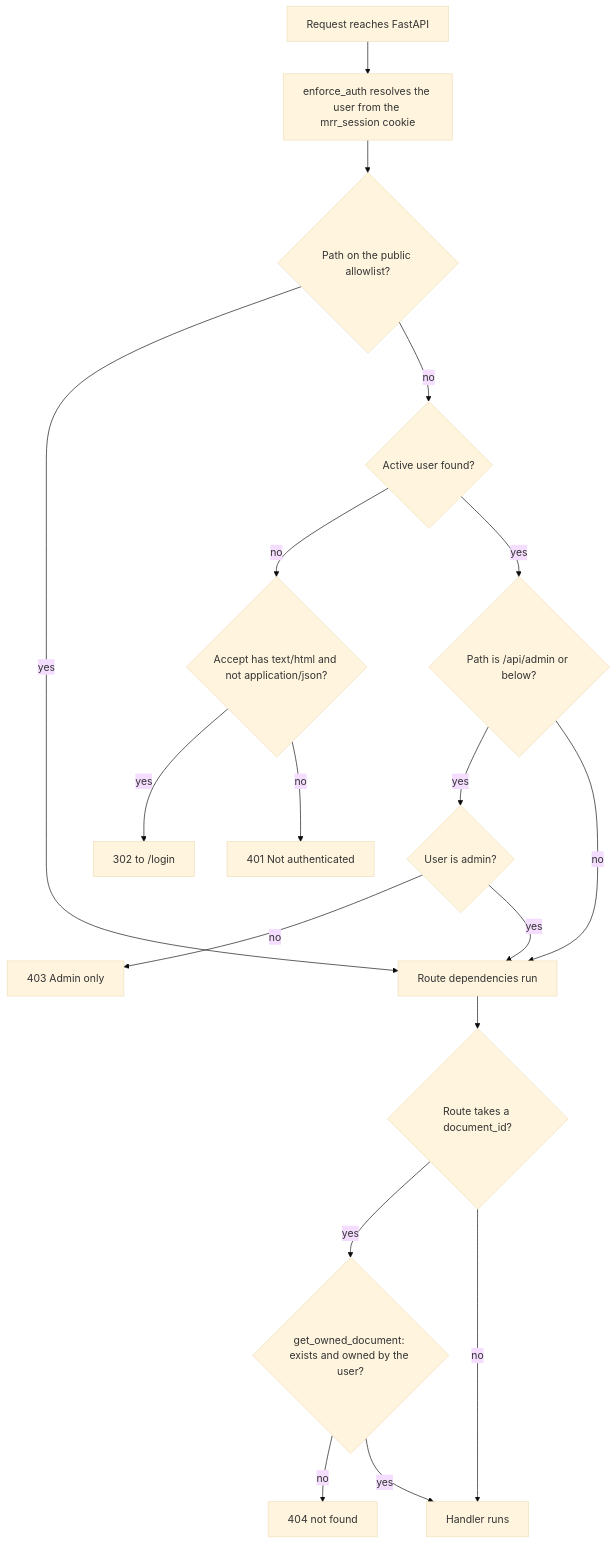
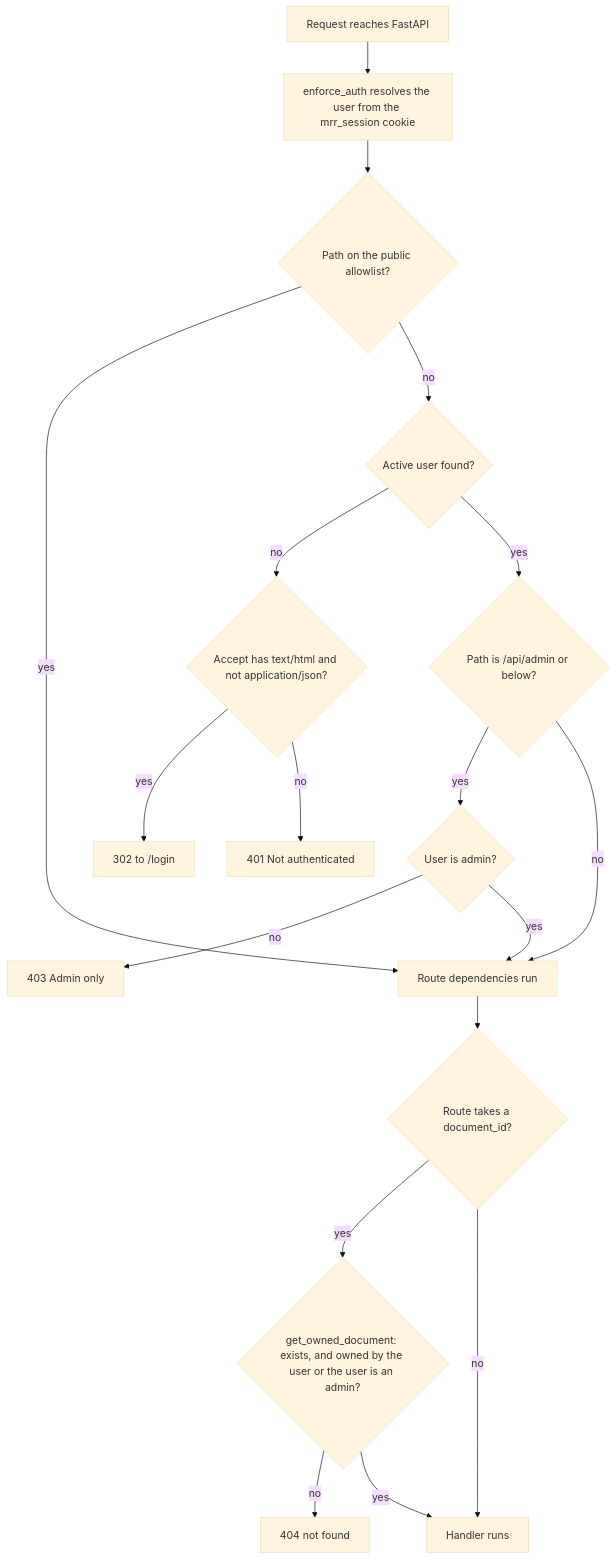
The first of 2 diagrams in docs/explanation/auth-and-access.md (gesco-healthcare-support/ai-medical-record-review), drawn with Mermaid (base theme) before and after one commit. The commit also changed other lines of this file and 29 other files, not shown here.

````diff
--- a/docs/explanation/auth-and-access.md
+++ b/docs/explanation/auth-and-access.md
@@ -23,20 +23,20 @@
 ```mermaid
 flowchart TD
     A[Request reaches FastAPI] --> B[enforce_auth resolves the user from the mrr_session cookie]
     B --> C{Path on the public allowlist?}
     C -- yes --> R[Route dependencies run]
     C -- no --> D{Active user found?}
     D -- no --> E{Accept has text/html and not application/json?}
     E -- yes --> F[302 to /login]
     E -- no --> G[401 Not authenticated]
     D -- yes --> H{Path is /api/admin or below?}
     H -- yes --> I{User is admin?}
     I -- no --> J[403 Admin only]
     I -- yes --> R
     H -- no --> R
     R --> K{Route takes a document_id?}
-    K -- yes --> L{get_owned_document: exists and owned by the user?}
+    K -- yes --> L{get_owned_document: exists, and owned by the user or the user is an admin?}
     L -- no --> M[404 not found]
     L -- yes --> N[Handler runs]
     K -- no --> N
 ```
````
